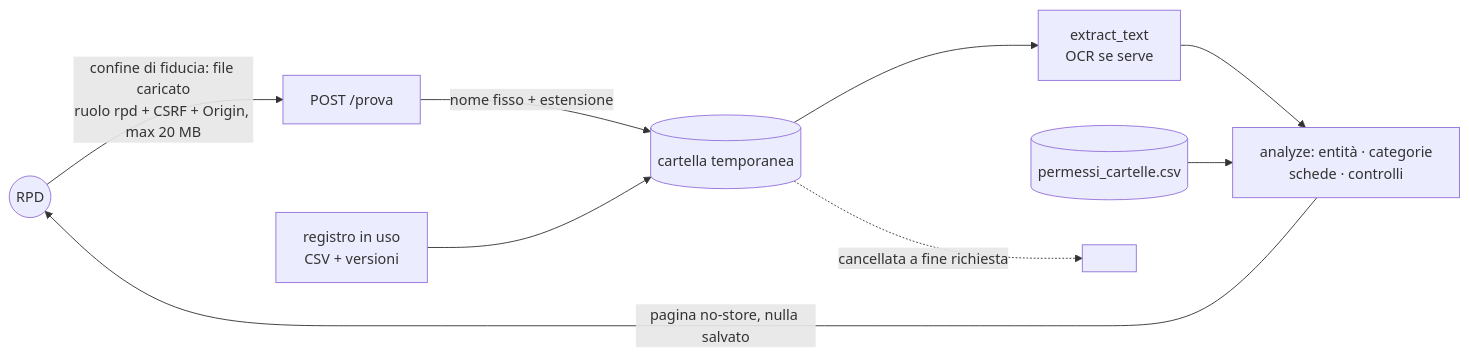
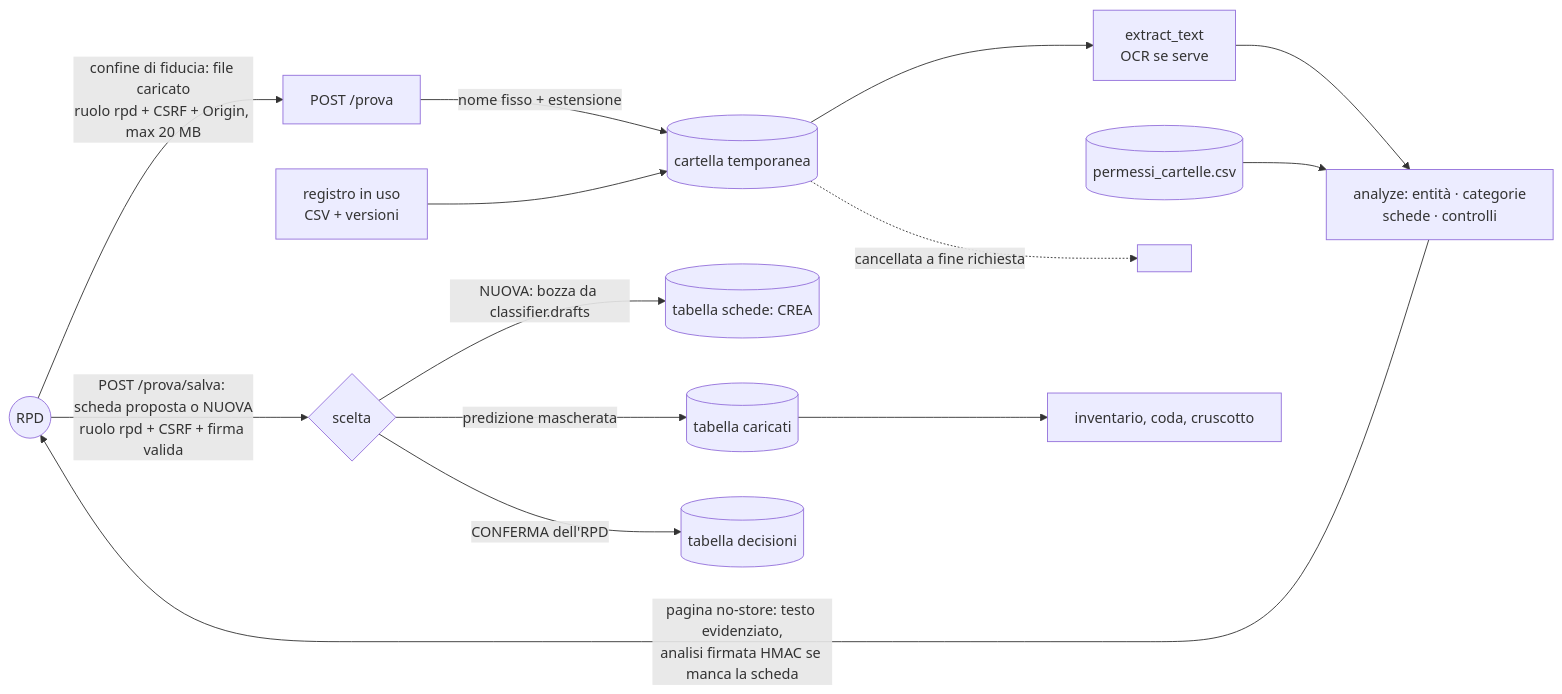
Before and after one commit to sergiovzambelli/dago-data-governance: the fourth of 5 diagrams in docs/flussi.md, drawn with Mermaid. The commit also changed 11 other files, not shown here.

First line of the commit message:
feat: Prova un file con testo evidenziato e scelta della scheda

````diff
--- a/docs/flussi.md
+++ b/docs/flussi.md
@@ -123,10 +123,15 @@
 ```mermaid
 flowchart LR
     U((RPD)) -->|confine di fiducia: file caricato<br/>ruolo rpd + CSRF + Origin, max 20 MB| P["POST /prova"]
     P -->|nome fisso + estensione| TMP[(cartella temporanea)]
     REG[registro in uso<br/>CSV + versioni] --> TMP
     TMP --> EX[extract_text<br/>OCR se serve] --> AN[analyze: entità · categorie<br/>schede · controlli]
     PERM[(permessi_cartelle.csv)] --> AN
-    AN -->|pagina no-store, nulla salvato| U
+    AN -->|pagina no-store: testo evidenziato,<br/>analisi firmata HMAC se manca la scheda| U
     TMP -.->|cancellata a fine richiesta| X[ ]
+    U -->|"POST /prova/salva: scheda proposta o NUOVA<br/>ruolo rpd + CSRF + firma valida"| S{scelta}
+    S -->|NUOVA: bozza da classifier.drafts| SCH[(tabella schede: CREA)]
+    S -->|predizione mascherata| CAR[(tabella caricati)]
+    S -->|CONFERMA dell'RPD| DEC[(tabella decisioni)]
+    CAR --> INV[inventario, coda, cruscotto]
 ```
````
